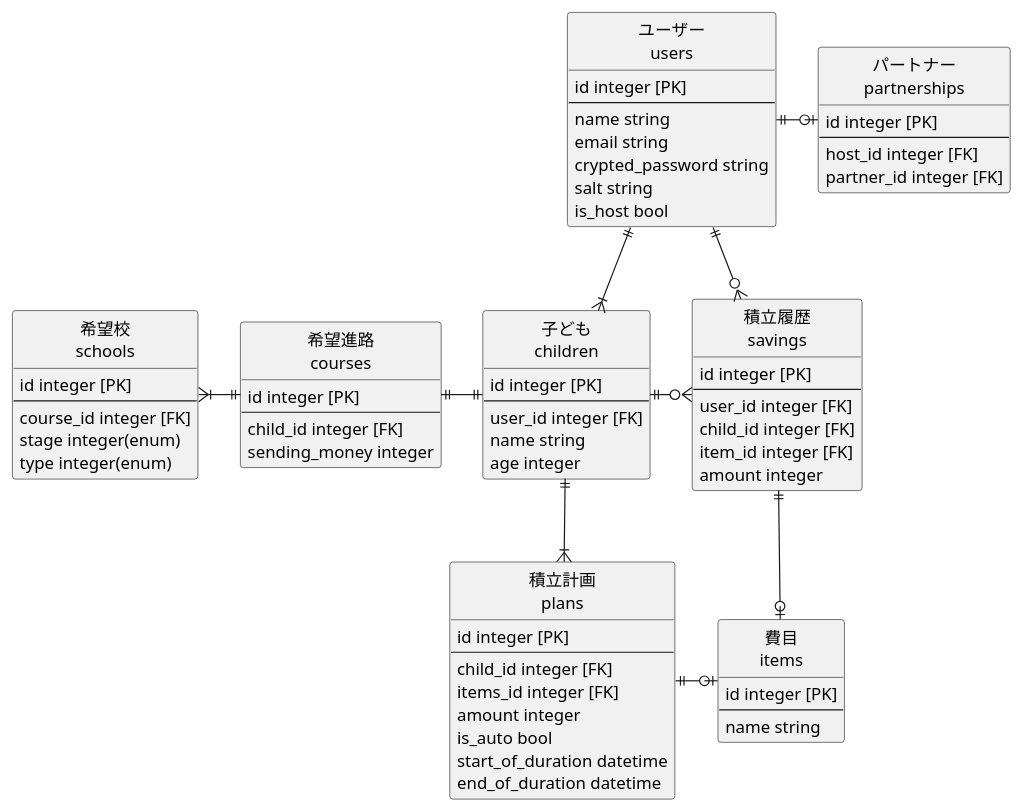
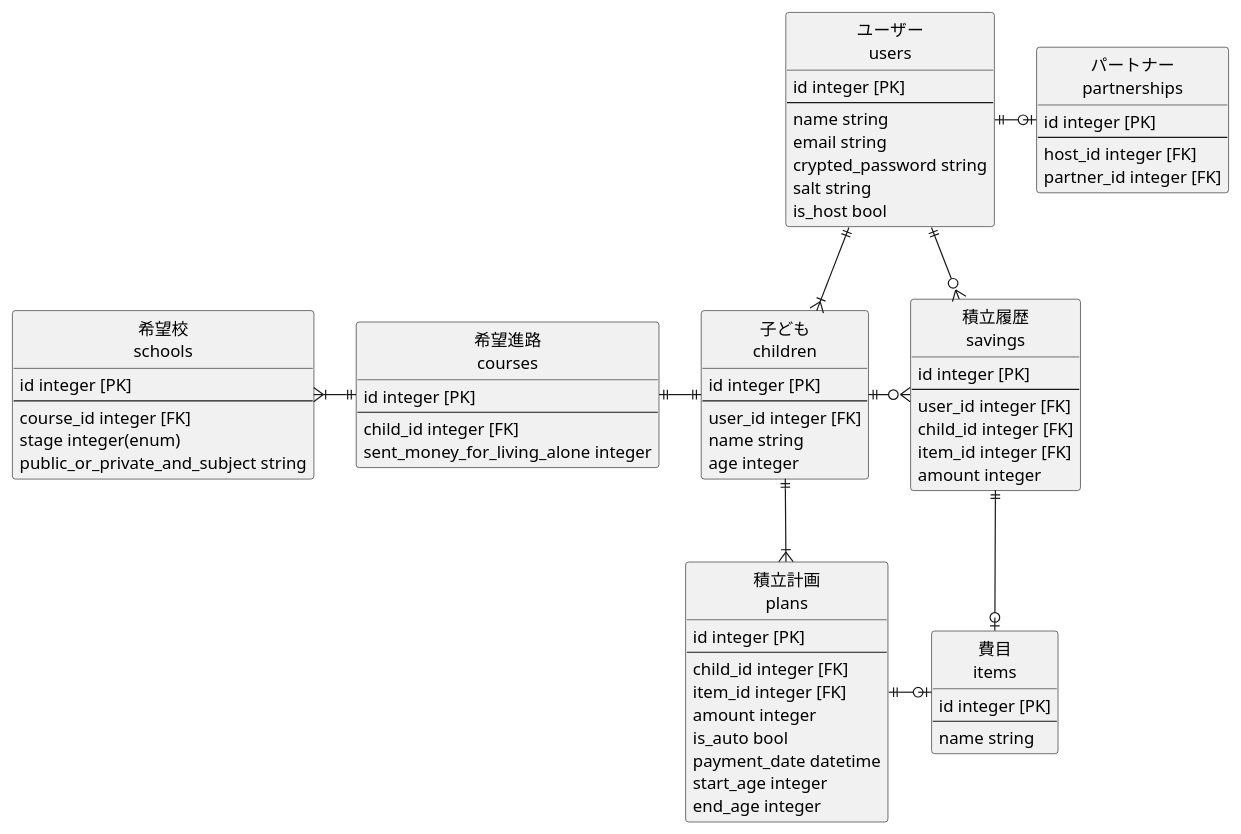
One commit to tomomih217/kokeibo changed the diagram in er_diagram.pu. Above: the diagram before and after it, drawn with PlantUML.

Commit message:
Improve: schoolsのtypeカラムやcoursesのsening_moneyカラムを用途が分かりやすいよう命名し直した。

```diff
--- a/er_diagram.pu
+++ b/er_diagram.pu
@@ -1,89 +1,90 @@
 @startuml kokebo
 hide circle
 hide empty members
 
 'ユーザー情報
 entity "ユーザー\nusers" as users {
   id integer [PK]
   --
   name string
   email string
   crypted_password string
   salt string
   is_host bool
 }
 
 '会員(host:users)とパートナー(partner:users)の中間テーブル
 entity "パートナー\npartnerships" as partnerships {
   id integer [PK]
   --
   host_id integer [FK]
   partner_id integer [FK]
 }
 
 '子どもの情報
 entity "子ども\nchildren" as children {
   id integer [PK]
   --
   user_id integer [FK]
   name string
   age integer
 }
 
 '教育費シュミレーション時に入力する基本情報を保存するテーブル
 entity "希望進路\ncourses" as courses {
   id integer [PK]
   --
   child_id integer [FK]
-  sending_money integer
+  sent_money_for_living_alone integer
 }
 
 '教育費シュミレーション時に入力する学校の情報を保存するテーブル
 entity "希望校\nschools" as schools {
   id integer [PK]
   --
   course_id integer [FK]
   stage integer(enum)
-  type integer(enum)
+  public_or_private_and_subject string
 }
 
 '実際に積立したお金を保存するテーブル
 entity "積立履歴\nsavings" as savings{
   id integer [PK]
   --
   user_id integer [FK]
   child_id integer [FK]
   item_id integer [FK]
   amount integer
 }
 
 '費目の種類を保存するテーブル
 entity "費目\nitems" as items {
   id integer [PK]
   --
   name string
 }
 
 '積立計画を保存するテーブル
 entity "積立計画\nplans" as plans {
   id integer [PK]
   --
   child_id integer [FK]
-  items_id integer [FK]
+  item_id integer [FK]
   amount integer
   is_auto bool
-  start_of_duration datetime
-  end_of_duration datetime
+  payment_date datetime
+  start_age integer
+  end_age integer
 }
 
 users ||-r-o| partnerships
 users ||--|{ children
 users ||-r-o{ savings
 children ||-l-|| courses
 children ||-r-o{ savings
 children ||--|{ plans
 courses ||-l-|{ schools
 savings ||-r-o| items
 plans ||-r-o| items
 
 @enduml
```
